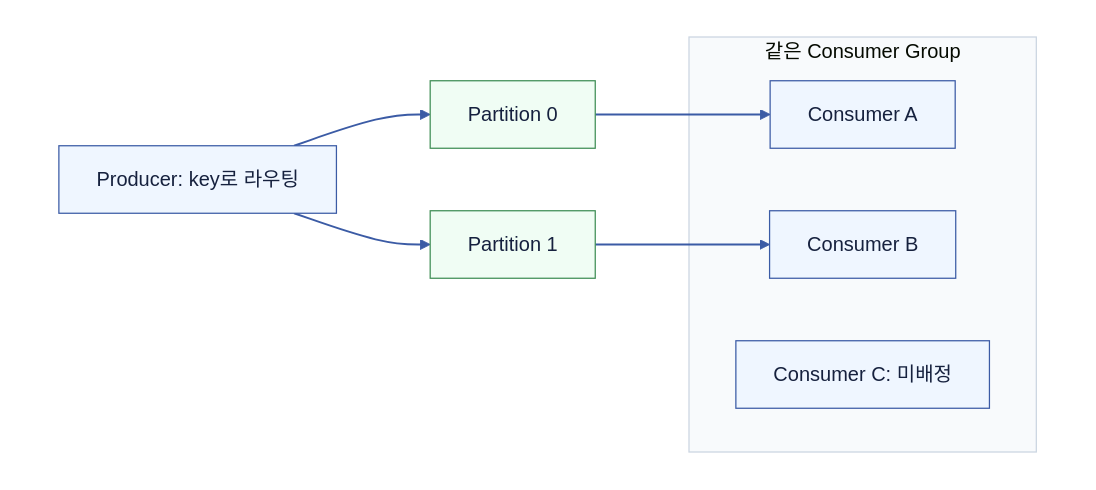
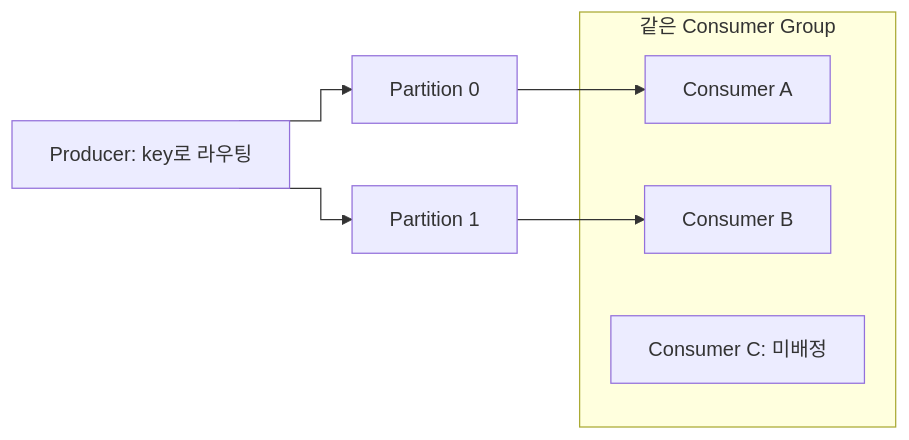
Before and after one commit to Hyune-s-lab/my-ai-study: the fourth of 8 diagrams in computer-science/2607-message-queue.md, drawn with Mermaid. The commit also changed other lines of this file and 49 other files, not shown here.

Commit message:
docs: 단순 다이어그램은 Mermaid로, 복잡한 배치는 SVG로 정리

````diff
--- a/computer-science/2607-message-queue.md
+++ b/computer-science/2607-message-queue.md
@@ -89,24 +71,16 @@
 ```mermaid
 flowchart LR
-%%{init: {"theme": "base", "darkMode": false, "themeVariables": {"background": "#ffffff", "primaryColor": "#EFF6FF", "primaryTextColor": "#16213E", "primaryBorderColor": "#3B5BA5", "secondaryColor": "#F0FDF4", "tertiaryColor": "#FAF5FF", "lineColor": "#3B5BA5", "textColor": "#16213E", "edgeLabelBackground": "#ffffff", "clusterBkg": "#F8FAFC", "clusterBorder": "#CBD5E1"}}}%%
-  subgraph canvas[" "]
-    direction LR
-    p["Producer: key로 라우팅"] --> p0["Partition 0"]
-    p --> p1["Partition 1"]
-    subgraph group["같은 Consumer Group"]
-      a["Consumer A"]
-      b["Consumer B"]
-      c["Consumer C: 미배정"]
-    end
-    p0 --> a
-    p1 --> b
+%%{init: {"flowchart": {"curve": "stepAfter", "wrappingWidth": 400}}}%%
+  n_p["Producer: key로 라우팅"]
+  n_p0["Partition 0"]
+  n_p1["Partition 1"]
+  subgraph g_group["같은 Consumer Group"]
+    n_a["Consumer A"]
+    n_b["Consumer B"]
+    n_c["Consumer C: 미배정"]
   end
-  style canvas fill:#ffffff,stroke:#ffffff,color:#111827
-  linkStyle default stroke:#3B5BA5,stroke-width:1.5px
-  classDef app fill:#EFF6FF,stroke:#3B5BA5,stroke-width:1px,color:#16213E
-  class p,a,b,c app
-  classDef db fill:#F0FDF4,stroke:#3F8E55,stroke-width:1px,color:#16213E
-  class p0,p1 db
-  classDef policy fill:#FAF5FF,stroke:#A855F7,stroke-width:1px,color:#16213E
-  classDef worker fill:#FFF7ED,stroke:#C98A2B,stroke-width:1px,color:#16213E
+  n_p --> n_p0
+  n_p --> n_p1
+  n_p0 --> n_a
+  n_p1 --> n_b
 ```
````
